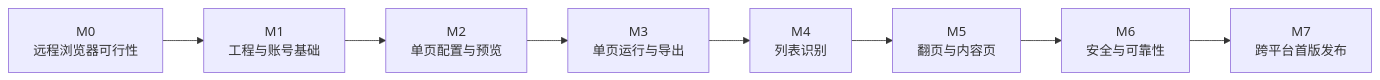
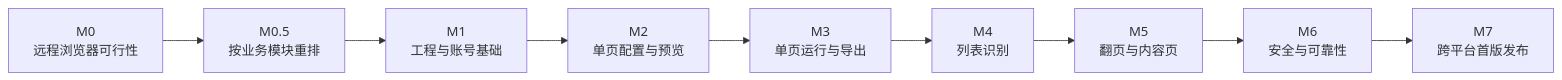
Before and after one commit to yinshunming/visual_spider5: the diagram in docs/roadmap.md, drawn with Mermaid. The commit also changed other lines of this file and 1 other file, not shown here.

First line of the commit message:
docs: M0.5 文档同步（roadmap + spike 收尾）

````diff
--- a/docs/roadmap.md
+++ b/docs/roadmap.md
@@ -9,10 +9,11 @@
 ```mermaid
 flowchart LR
-    M0["M0<br/>远程浏览器可行性"] --> M1["M1<br/>工程与账号基础"]
+    M0["M0<br/>远程浏览器可行性"] --> M0_5["M0.5<br/>按业务模块重排"]
+    M0_5 --> M1["M1<br/>工程与账号基础"]
     M1 --> M2["M2<br/>单页配置与预览"]
     M2 --> M3["M3<br/>单页运行与导出"]
     M3 --> M4["M4<br/>列表识别"]
     M4 --> M5["M5<br/>翻页与内容页"]
     M5 --> M6["M6<br/>安全与可靠性"]
     M6 --> M7["M7<br/>跨平台首版发布"]
 ```
````
